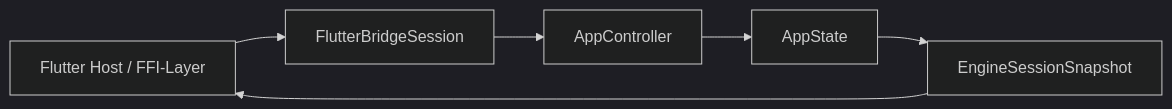
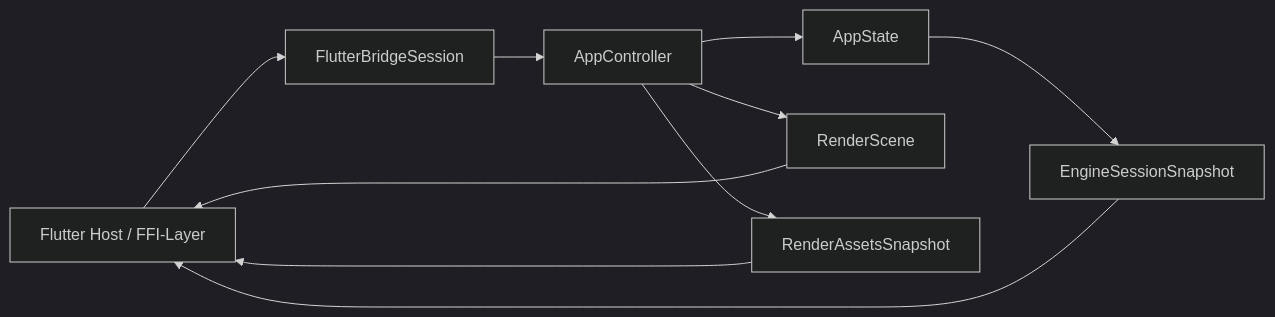
One commit to mro68/fs25_ad_editor changed the diagram in crates/fs25_auto_drive_frontend_flutter_bridge/API.md. Above: the diagram before and after it, drawn with Mermaid (dark theme). The commit also changed other lines of this file and 2 other files, not shown here.

Commit message:
feat(frontend-flutter): expose render scene and asset access

````diff
--- a/crates/fs25_auto_drive_frontend_flutter_bridge/API.md
+++ b/crates/fs25_auto_drive_frontend_flutter_bridge/API.md
@@ -51,8 +55,12 @@
 ```mermaid
 flowchart LR
 	HOST[Flutter Host / FFI-Layer] --> SESSION[FlutterBridgeSession]
 	SESSION --> CTRL[AppController]
 	CTRL --> STATE[AppState]
 	STATE --> SNAP[EngineSessionSnapshot]
+	CTRL --> RENDER_SCENE[RenderScene]
+	CTRL --> RENDER_ASSETS[RenderAssetsSnapshot]
 	SNAP --> HOST
+	RENDER_SCENE --> HOST
+	RENDER_ASSETS --> HOST
 ```
````
